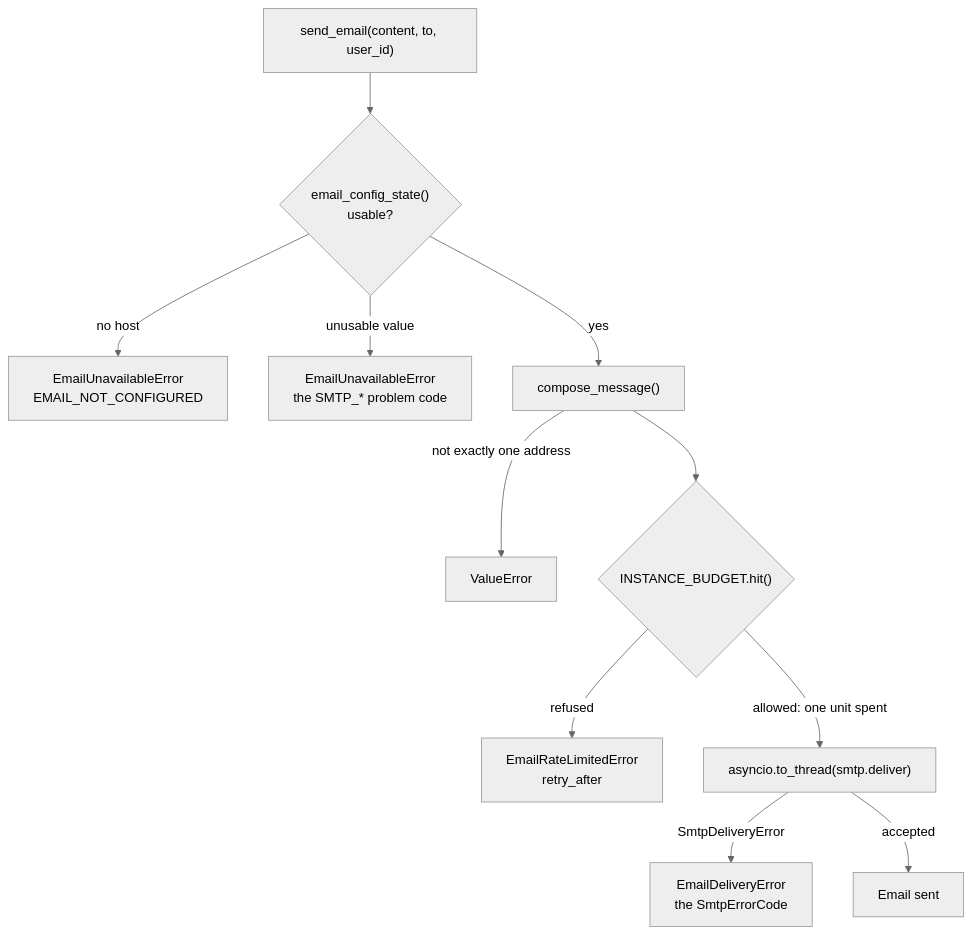
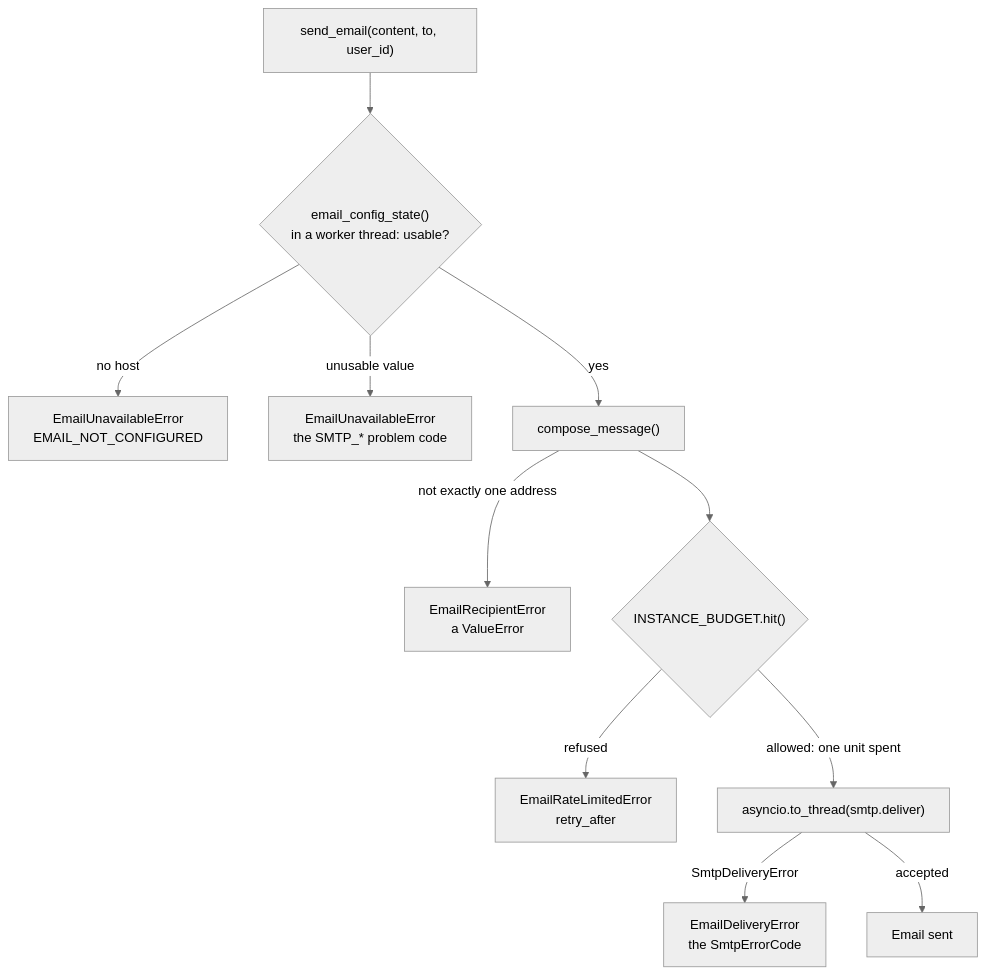
The diagram in mkdocs_src/docs/developer/backend/email.md (Librefolio/LibreFolio), drawn with Mermaid (neutral theme) before and after one commit. The commit also changed other lines of this file and 26 other files, not shown here.

````diff
--- a/mkdocs_src/docs/developer/backend/email.md
+++ b/mkdocs_src/docs/developer/backend/email.md
@@ -186,13 +200,13 @@
 ```mermaid
 flowchart TD
-    Call["send_email(content, to, user_id)"] --> State{"email_config_state()<br/>usable?"}
+    Call["send_email(content, to, user_id)"] --> State{"email_config_state()<br/>in a worker thread: usable?"}
     State -->|"no host"| Off["EmailUnavailableError<br/>EMAIL_NOT_CONFIGURED"]
     State -->|"unusable value"| Bad["EmailUnavailableError<br/>the SMTP_* problem code"]
     State -->|yes| Compose["compose_message()"]
-    Compose -->|"not exactly one address"| Value["ValueError"]
+    Compose -->|"not exactly one address"| Value["EmailRecipientError<br/>a ValueError"]
     Compose --> Budget{"INSTANCE_BUDGET.hit()"}
     Budget -->|refused| Limited["EmailRateLimitedError<br/>retry_after"]
     Budget -->|"allowed: one unit spent"| Thread["asyncio.to_thread(smtp.deliver)"]
     Thread -->|"SmtpDeliveryError"| Failed["EmailDeliveryError<br/>the SmtpErrorCode"]
     Thread -->|accepted| Sent["Email sent"]
 ```
````
